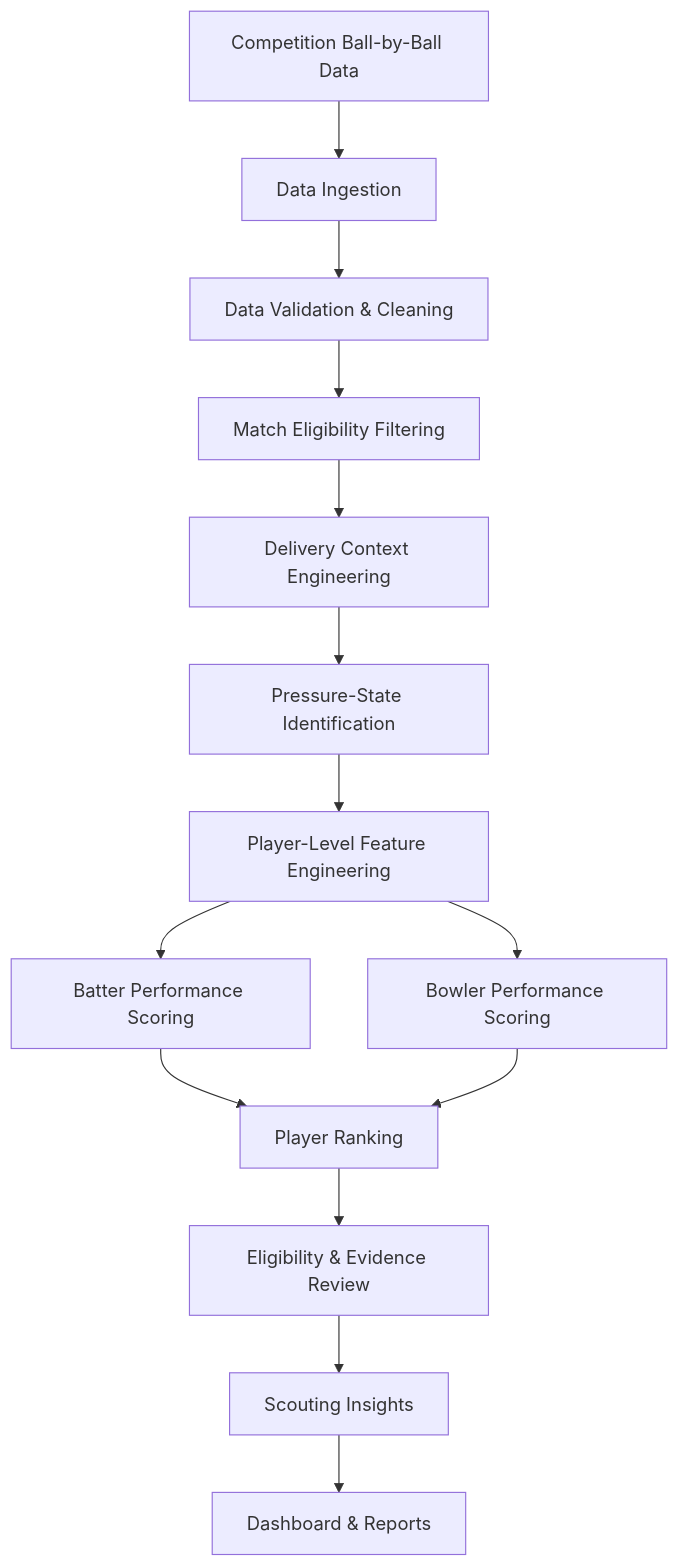
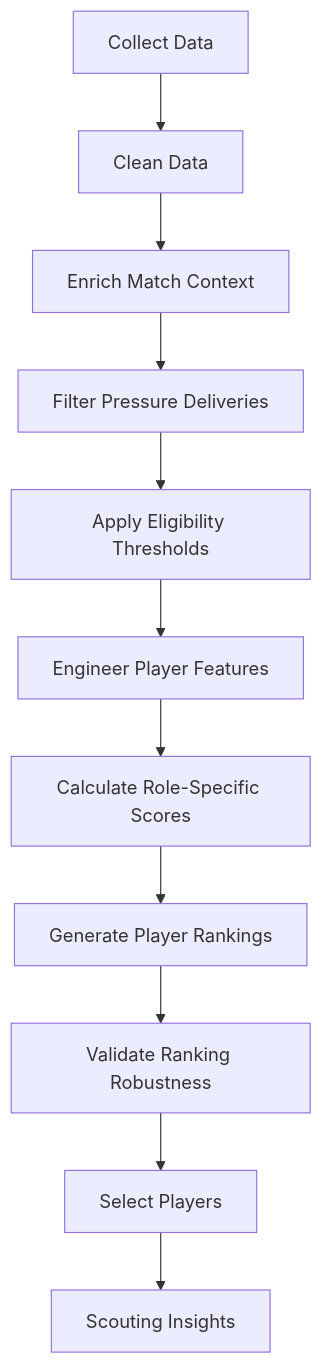
Before and after one commit to AnkanXcoder/RR-GemHunters: the diagram in README.md, drawn with Mermaid. The commit also changed other lines of this file, not shown here.

````diff
--- a/README.md
+++ b/README.md
@@ -168,16 +76,13 @@
 ```mermaid
 flowchart TD
-    A["Competition Ball-by-Ball Data"] --> B["Data Ingestion"]
-    B --> C["Data Validation & Cleaning"]
-    C --> D["Match Eligibility Filtering"]
-    D --> E["Delivery Context Engineering"]
-    E --> F["Pressure-State Identification"]
-    F --> G["Player-Level Feature Engineering"]
-    G --> H["Batter Performance Scoring"]
-    G --> I["Bowler Performance Scoring"]
-    H --> J["Player Ranking"]
-    I --> J
-    J --> K["Eligibility & Evidence Review"]
-    K --> L["Scouting Insights"]
-    L --> M["Dashboard & Reports"]
+    A["Collect Data"] --> B["Clean Data"]
+    B --> C["Enrich Match Context"]
+    C --> D["Filter Pressure Deliveries"]
+    D --> E["Apply Eligibility Thresholds"]
+    E --> F["Engineer Player Features"]
+    F --> G["Calculate Role-Specific Scores"]
+    G --> H["Generate Player Rankings"]
+    H --> I["Validate Ranking Robustness"]
+    I --> J["Select Players"]
+    J --> K["Scouting Insights"]
 ```
````
